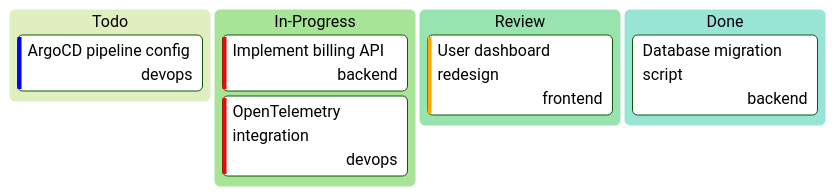
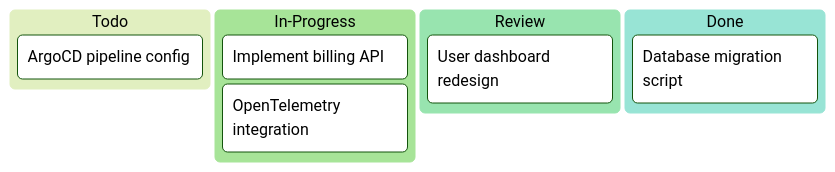
One commit to Katty-Fashion/kf-cpto changed the first of 3 diagrams in docs/_projects/nuoform.md. Above: the diagram before and after it, drawn with Mermaid (forest theme). The commit also changed other lines of this file and 9 other files, not shown here.

First line of the commit message:
fix: remove mermaid kanban @{} metadata and quote node labels

````diff
--- a/docs/_projects/nuoform.md
+++ b/docs/_projects/nuoform.md
@@ -34,12 +34,12 @@
 ```mermaid
 kanban
   Todo
-    t2[ArgoCD pipeline config]@{ priority: 'Low', assigned: 'devops' }
+    t2["ArgoCD pipeline config"]
   In-Progress
-    t1[Implement billing API]@{ priority: 'Very High', assigned: 'backend' }
-    t3[OpenTelemetry integration]@{ priority: 'Very High', assigned: 'devops' }
+    t1["Implement billing API"]
+    t3["OpenTelemetry integration"]
   Review
-    t4[User dashboard redesign]@{ priority: 'High', assigned: 'frontend' }
+    t4["User dashboard redesign"]
   Done
-    t5[Database migration script]@{ assigned: 'backend' }
+    t5["Database migration script"]
 ```
````
